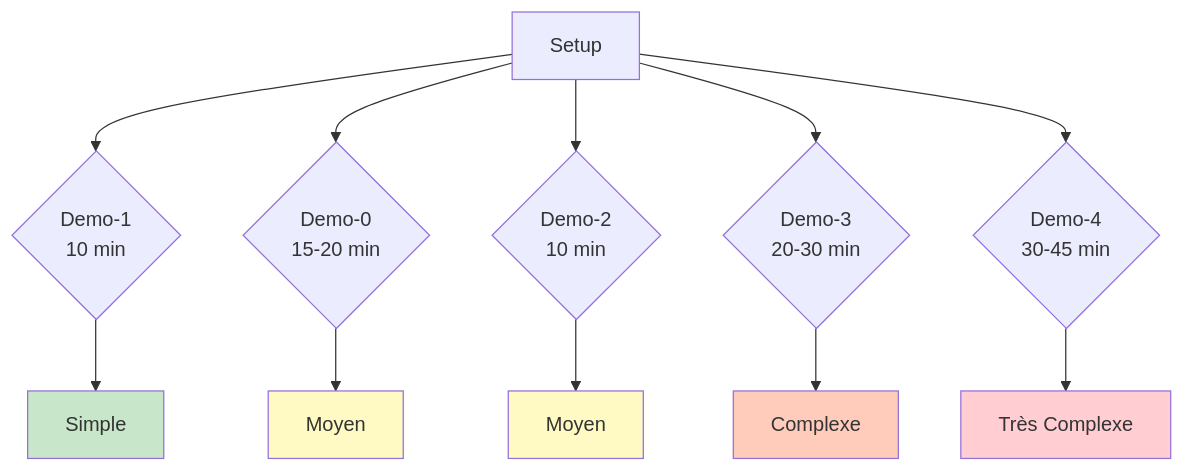
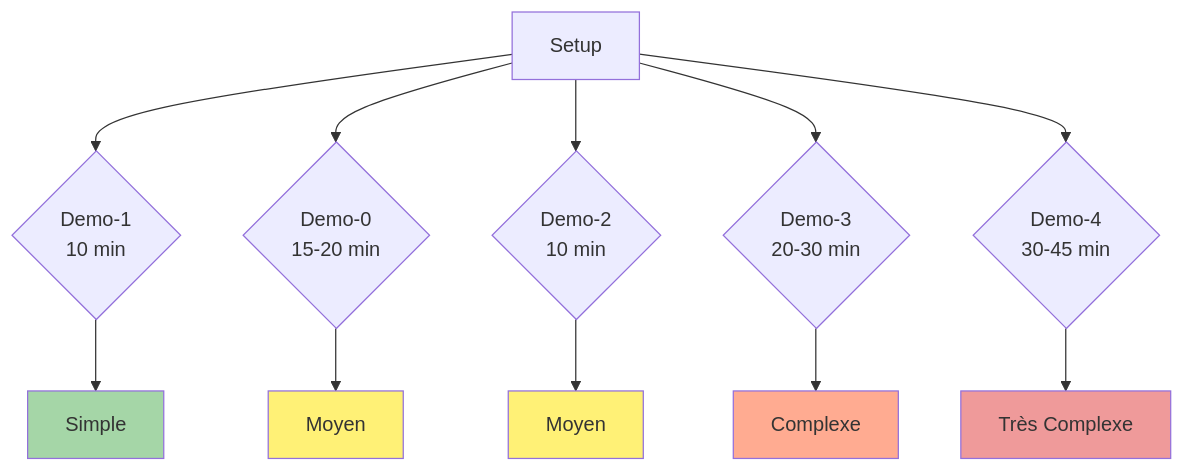
Before and after one commit to inskillflow/auths-1-NEXTJS-introduction: diagram 25 of 39 in 02-DIAGRAMMES_ARCHITECTURES.md, drawn with Mermaid. The commit also changed other lines of this file, not shown here.

````diff
--- a/02-DIAGRAMMES_ARCHITECTURES.md
+++ b/02-DIAGRAMMES_ARCHITECTURES.md
@@ -865,20 +865,20 @@
 ```mermaid
 graph TB
     START[Setup] --> D1{Demo-1<br/>10 min}
     START --> D0{Demo-0<br/>15-20 min}
     START --> D2{Demo-2<br/>10 min}
     START --> D3{Demo-3<br/>20-30 min}
     START --> D4{Demo-4<br/>30-45 min}
     
     D1 --> E1[Simple]
     D0 --> E0[Moyen]
     D2 --> E2[Moyen]
     D3 --> E3[Complexe]
     D4 --> E4[Très Complexe]
     
-    style E1 fill:#c8e6c9
-    style E0 fill:#fff9c4
-    style E2 fill:#fff9c4
-    style E3 fill:#ffccbc
-    style E4 fill:#ffcdd2
+    style E1 fill:#a5d6a7
+    style E0 fill:#fff176
+    style E2 fill:#fff176
+    style E3 fill:#ffab91
+    style E4 fill:#ef9a9a
 ```
````
